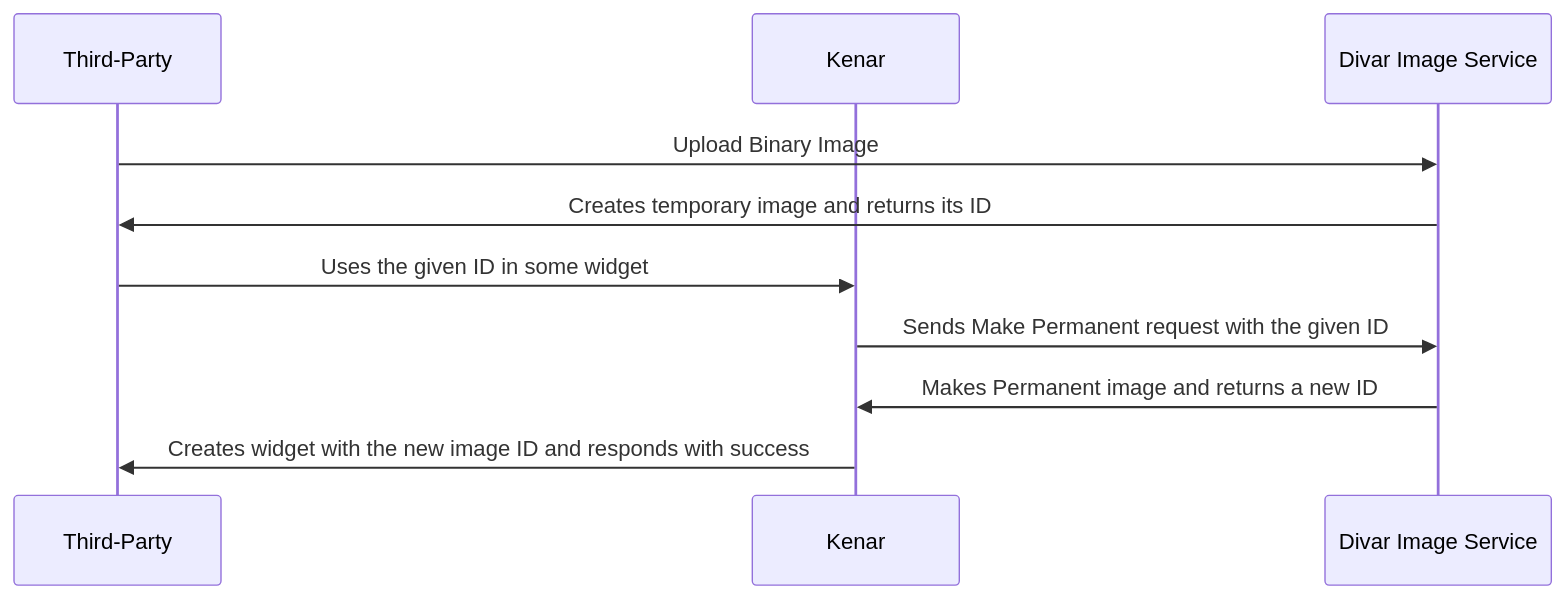
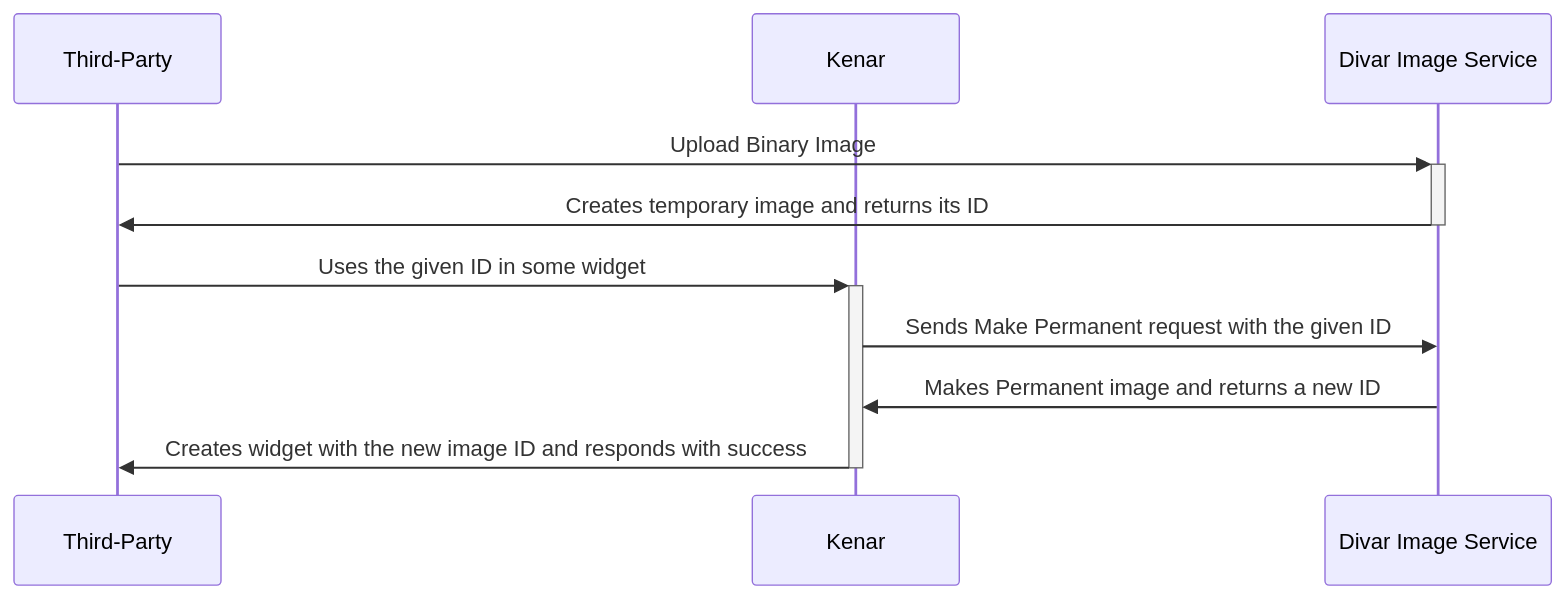
Before and after one commit to divar-ir/kenar-docs: the diagram in widgets/image.md, drawn with Mermaid. The commit also changed other lines of this file and 9 other files, not shown here.

````diff
--- a/widgets/image.md
+++ b/widgets/image.md
@@ -5,12 +5,12 @@
 ```mermaid
 sequenceDiagram
     participant Third-Party
     participant Kenar
     participant Divar Image Service
-    Third-Party->>Divar Image Service: Upload Binary Image
-    Divar Image Service->>Third-Party: Creates temporary image and returns its ID
-    Third-Party->>Kenar: Uses the given ID in some widget
+    Third-Party->>+Divar Image Service: Upload Binary Image
+    Divar Image Service->>-Third-Party: Creates temporary image and returns its ID
+    Third-Party->>+Kenar: Uses the given ID in some widget
     Kenar->>Divar Image Service: Sends Make Permanent request with the given ID
     Divar Image Service->>Kenar: Makes Permanent image and returns a new ID
-    Kenar->>Third-Party: Creates widget with the new image ID and responds with success
+    Kenar->>-Third-Party: Creates widget with the new image ID and responds with success
 ```
````
